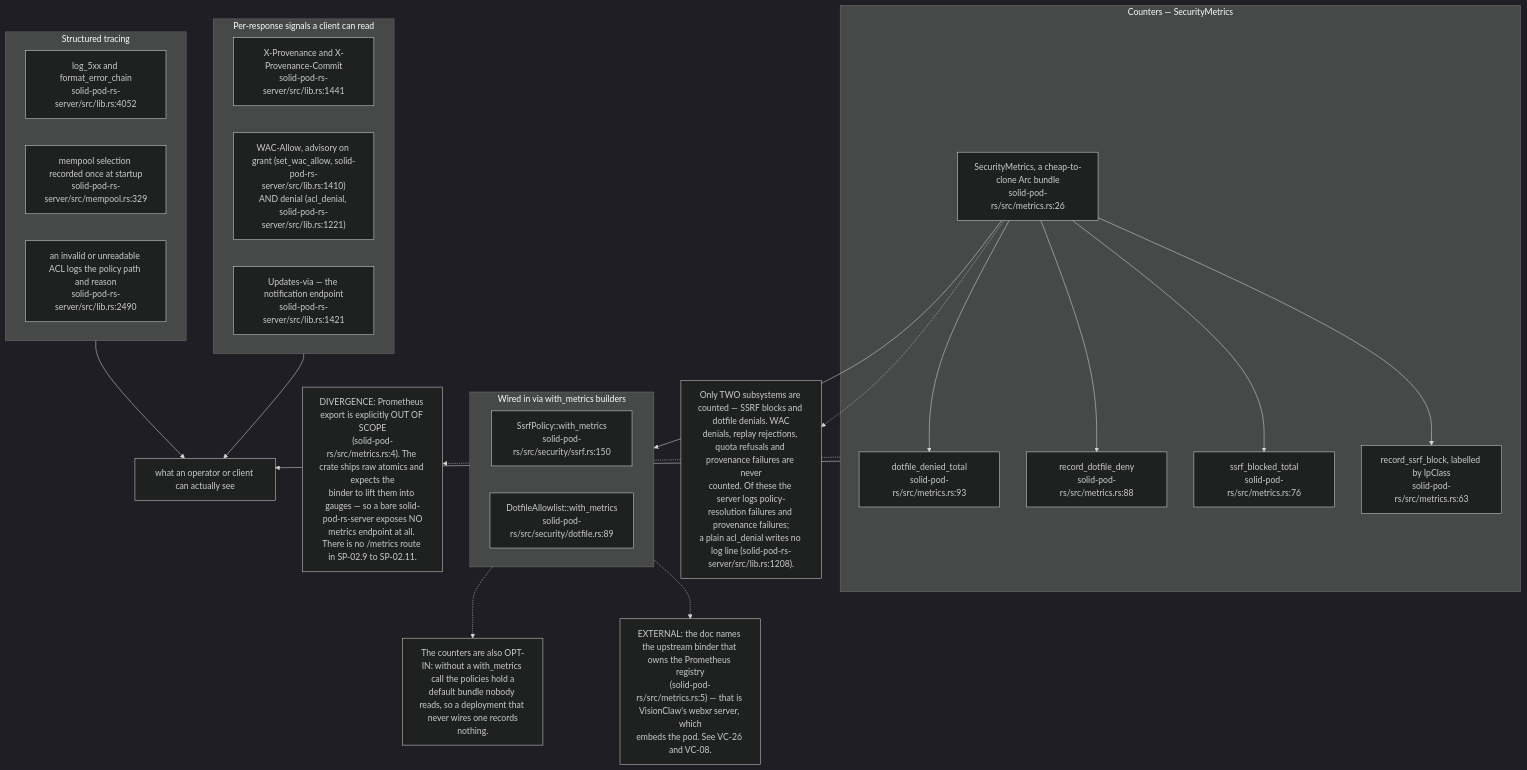
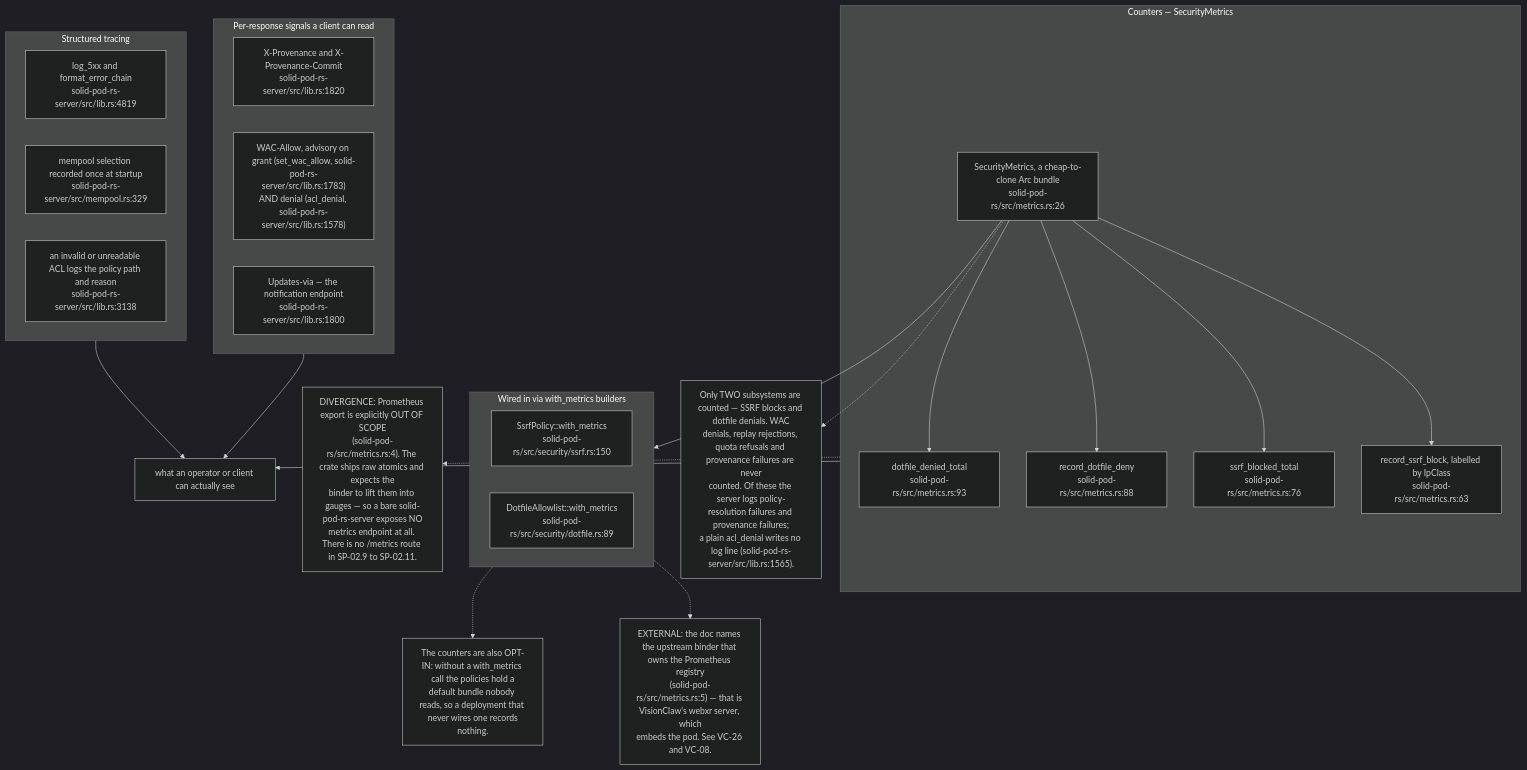
Before and after one commit to DreamLab-AI/VisionFlow: diagram 12 of 13 in docs/diagrams/solid-pod-rs/10-failure-modes-and-invariants.md, drawn with Mermaid (dark theme). The commit also changed other lines of this file and 2 other files, not shown here.

First line of the commit message:
docs(diagrams): SP-07, SP-10, SP-15 re-verified at solid-pod-rs a28a748

````diff
--- a/docs/diagrams/solid-pod-rs/10-failure-modes-and-invariants.md
+++ b/docs/diagrams/solid-pod-rs/10-failure-modes-and-invariants.md
@@ -370,42 +383,42 @@
 ```mermaid
 flowchart TD
     subgraph COUNT["Counters — SecurityMetrics"]
         SM["SecurityMetrics, a cheap-to-clone Arc bundle<br/>solid-pod-rs/src/metrics.rs:26"]
         SS["record_ssrf_block, labelled by IpClass<br/>solid-pod-rs/src/metrics.rs:63"]
         ST["ssrf_blocked_total<br/>solid-pod-rs/src/metrics.rs:76"]
         DF["record_dotfile_deny<br/>solid-pod-rs/src/metrics.rs:88"]
         DT["dotfile_denied_total<br/>solid-pod-rs/src/metrics.rs:93"]
     end
     subgraph WIRE["Wired in via with_metrics builders"]
         W1["SsrfPolicy::with_metrics<br/>solid-pod-rs/src/security/ssrf.rs:150"]
         W2["DotfileAllowlist::with_metrics<br/>solid-pod-rs/src/security/dotfile.rs:89"]
     end
     subgraph HDR["Per-response signals a client can read"]
-        H1["X-Provenance and X-Provenance-Commit<br/>solid-pod-rs-server/src/lib.rs:1441"]
-        H2["WAC-Allow, advisory on grant (set_wac_allow, solid-pod-rs-server/src/lib.rs:1410)<br/>AND denial (acl_denial, solid-pod-rs-server/src/lib.rs:1221)"]
-        H3["Updates-via — the notification endpoint<br/>solid-pod-rs-server/src/lib.rs:1421"]
+        H1["X-Provenance and X-Provenance-Commit<br/>solid-pod-rs-server/src/lib.rs:1820"]
+        H2["WAC-Allow, advisory on grant (set_wac_allow, solid-pod-rs-server/src/lib.rs:1783)<br/>AND denial (acl_denial, solid-pod-rs-server/src/lib.rs:1578)"]
+        H3["Updates-via — the notification endpoint<br/>solid-pod-rs-server/src/lib.rs:1800"]
     end
     subgraph LOG["Structured tracing"]
-        L1["log_5xx and format_error_chain<br/>solid-pod-rs-server/src/lib.rs:4052"]
+        L1["log_5xx and format_error_chain<br/>solid-pod-rs-server/src/lib.rs:4819"]
         L2["mempool selection recorded once at startup<br/>solid-pod-rs-server/src/mempool.rs:329"]
-        L3["an invalid or unreadable ACL logs the policy path and reason<br/>solid-pod-rs-server/src/lib.rs:2490"]
+        L3["an invalid or unreadable ACL logs the policy path and reason<br/>solid-pod-rs-server/src/lib.rs:3138"]
     end
 
     SM --> SS
     SM --> ST
     SM --> DF
     SM --> DT
     SM --> WIRE
     HDR --> OP["what an operator or client can actually see"]
     LOG --> OP
     COUNT --> OP
 
     N["DIVERGENCE: Prometheus export is explicitly OUT OF SCOPE<br/>(solid-pod-rs/src/metrics.rs:4). The crate ships raw atomics and expects the<br/>binder to lift them into gauges — so a bare solid-pod-rs-server exposes NO<br/>metrics endpoint at all. There is no /metrics route in SP-02.9 to SP-02.11."]
     COUNT -.-> N
     N2["EXTERNAL: the doc names the upstream binder that owns the Prometheus registry<br/>(solid-pod-rs/src/metrics.rs:5) — that is VisionClaw's webxr server, which<br/>embeds the pod. See VC-26 and VC-08."]
     WIRE -.-> N2
-    N3["Only TWO subsystems are counted — SSRF blocks and dotfile denials. WAC<br/>denials, replay rejections, quota refusals and provenance failures are never<br/>counted. Of these the server logs policy-resolution failures and provenance failures;<br/>a plain acl_denial writes no log line (solid-pod-rs-server/src/lib.rs:1208)."]
+    N3["Only TWO subsystems are counted — SSRF blocks and dotfile denials. WAC<br/>denials, replay rejections, quota refusals and provenance failures are never<br/>counted. Of these the server logs policy-resolution failures and provenance failures;<br/>a plain acl_denial writes no log line (solid-pod-rs-server/src/lib.rs:1565)."]
     SM -.-> N3
     N4["The counters are also OPT-IN: without a with_metrics call the policies hold a<br/>default bundle nobody reads, so a deployment that never wires one records<br/>nothing."]
     WIRE -.-> N4
 ```
````
